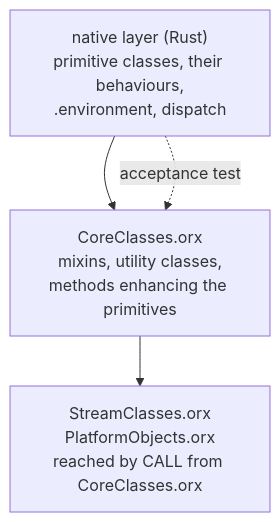
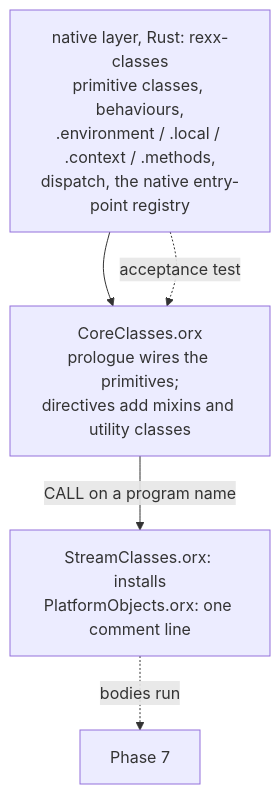
Before and after one commit to antiguru/ooRexx: the diagram in docs/superpowers/specs/2026-08-15-phase-5-object-model.md, drawn with Mermaid. The commit also changed other lines of this file and 8 other files, not shown here.

````diff
--- a/docs/superpowers/specs/2026-08-15-phase-5-object-model.md
+++ b/docs/superpowers/specs/2026-08-15-phase-5-object-model.md
@@ -65,6 +145,7 @@
 ```mermaid
 flowchart TD
-    A["native layer (Rust)<br/>primitive classes, their behaviours,<br/>.environment, dispatch"] --> B["CoreClasses.orx<br/>mixins, utility classes,<br/>methods enhancing the primitives"]
-    B --> C["StreamClasses.orx<br/>PlatformObjects.orx<br/>reached by CALL from CoreClasses.orx"]
+    A["native layer, Rust: rexx-classes<br/>primitive classes, behaviours,<br/>.environment / .local / .context / .methods,<br/>dispatch, the native entry-point registry"] --> B["CoreClasses.orx<br/>prologue wires the primitives;<br/>directives add mixins and utility classes"]
+    B -->|"CALL on a program name"| C["StreamClasses.orx: installs<br/>PlatformObjects.orx: one comment line"]
     A -.->|"acceptance test"| B
+    C -.->|"bodies run"| D["Phase 7"]
 ```
````
